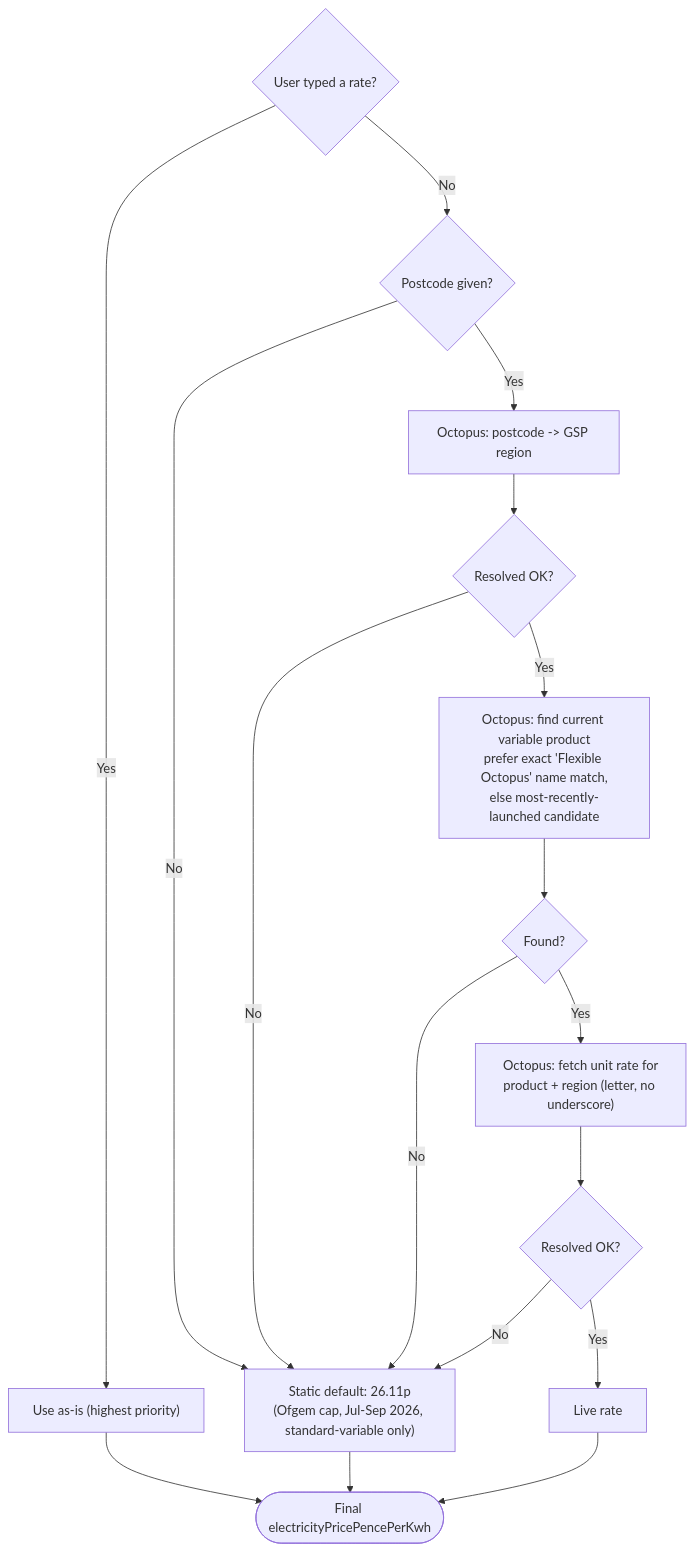
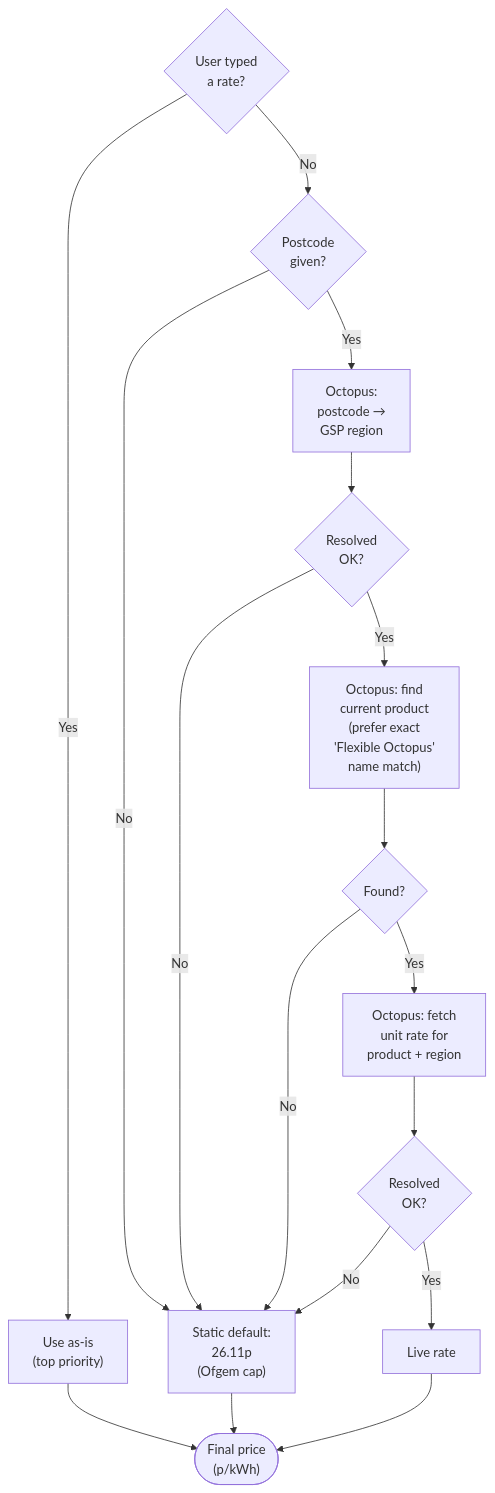
The fifth of 7 diagrams in projects/sunnysideup/docs/calculation-logic.md (spallavi-stack/shubha-pm-portfolio), drawn with Mermaid before and after one commit. The commit also changed other lines of this file, not shown here.

First line of the commit message:
Fix clipped mermaid diagram labels in calculation-logic.md

````diff
--- a/projects/sunnysideup/docs/calculation-logic.md
+++ b/projects/sunnysideup/docs/calculation-logic.md
@@ -187,19 +223,32 @@
 ```mermaid
 flowchart TD
-  E0{"User typed a rate?"} -->|Yes| E1["Use as-is (highest priority)"]
-  E0 -->|No| E2{"Postcode given?"}
-  E2 -->|No| E3["Static default: 26.11p<br/>(Ofgem cap, Jul-Sep 2026, standard-variable only)"]
-  E2 -->|Yes| E4["Octopus: postcode -> GSP region"]
-  E4 --> E5{"Resolved OK?"}
+  E0{"User typed<br/>a rate?"}
+  E1["Use as-is<br/>(top priority)"]
+  E2{"Postcode<br/>given?"}
+  E3["Static default:<br/>26.11p<br/>(Ofgem cap)"]
+  E4["Octopus:<br/>postcode →<br/>GSP region"]
+  E5{"Resolved<br/>OK?"}
+  E6["Octopus: find<br/>current product<br/>(prefer exact<br/>'Flexible Octopus'<br/>name match)"]
+  E7{"Found?"}
+  E8["Octopus: fetch<br/>unit rate for<br/>product + region"]
+  E9{"Resolved<br/>OK?"}
+  E10["Live rate"]
+  PriceFinal(["Final price<br/>(p/kWh)"])
+
+  E0 -->|Yes| E1
+  E0 -->|No| E2
+  E2 -->|No| E3
+  E2 -->|Yes| E4
+  E4 --> E5
   E5 -->|No| E3
-  E5 -->|Yes| E6["Octopus: find current variable product<br/>prefer exact 'Flexible Octopus' name match,<br/>else most-recently-launched candidate"]
-  E6 --> E7{"Found?"}
+  E5 -->|Yes| E6
+  E6 --> E7
   E7 -->|No| E3
-  E7 -->|Yes| E8["Octopus: fetch unit rate for<br/>product + region (letter, no underscore)"]
-  E8 --> E9{"Resolved OK?"}
+  E7 -->|Yes| E8
+  E8 --> E9
   E9 -->|No| E3
-  E9 -->|Yes| E10["Live rate"]
-  E1 --> PriceFinal(["Final electricityPricePencePerKwh"])
+  E9 -->|Yes| E10
+  E1 --> PriceFinal
   E3 --> PriceFinal
   E10 --> PriceFinal
 ```
````
